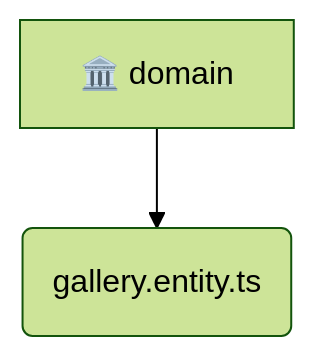
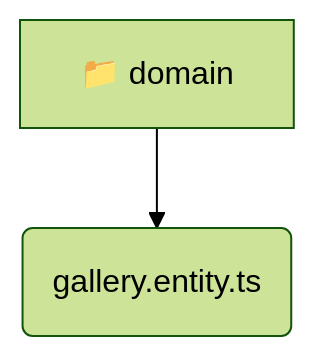
One commit to beginwebdev2002/fullstack-mavluda changed the diagram in backend/src/modules/gallery/domain/README.md. Above: the diagram before and after it, drawn with Mermaid (forest theme). The commit also changed other lines of this file and 155 other files, not shown here.

````diff
--- a/backend/src/modules/gallery/domain/README.md
+++ b/backend/src/modules/gallery/domain/README.md
@@ -9,5 +9,5 @@
 ```mermaid
 graph TD
-  domain[🏛️ domain]
-  domain --> gallery_entity_ts(gallery.entity.ts)
+  domain[📁 domain]
+  domain --> domain_gallery_entity_ts(gallery.entity.ts)
 ```
````
